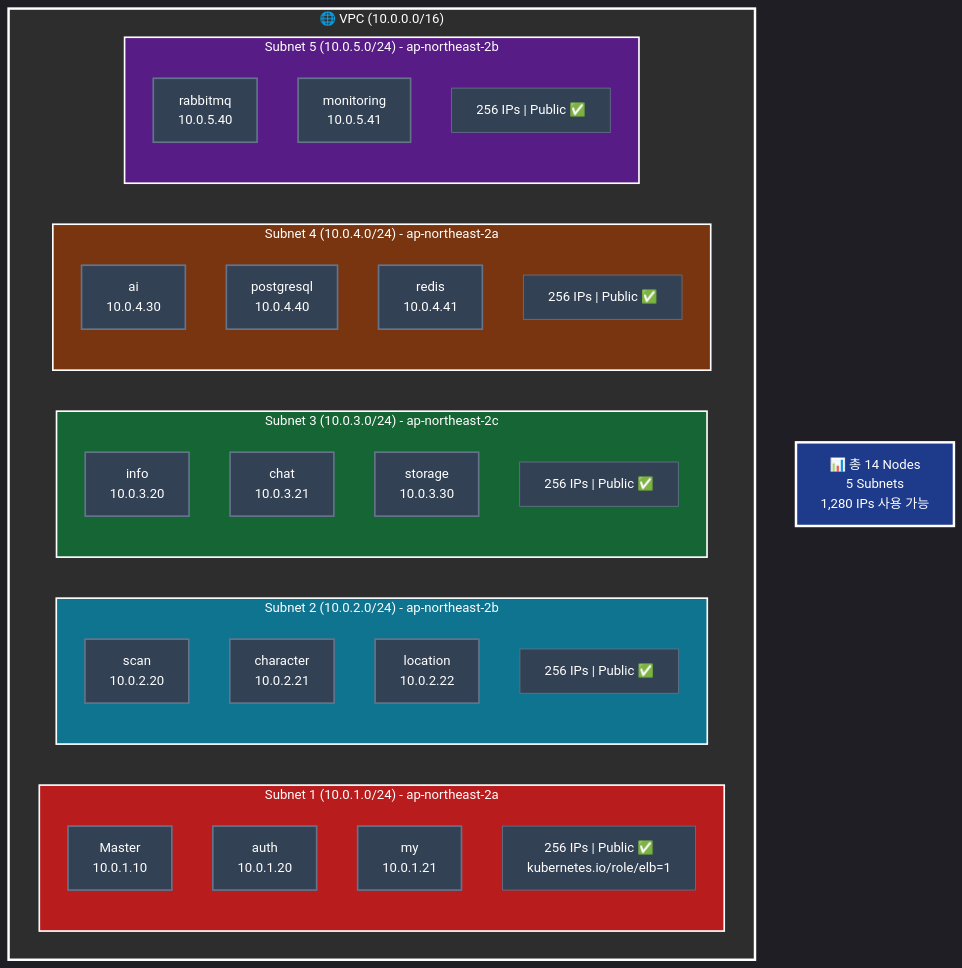
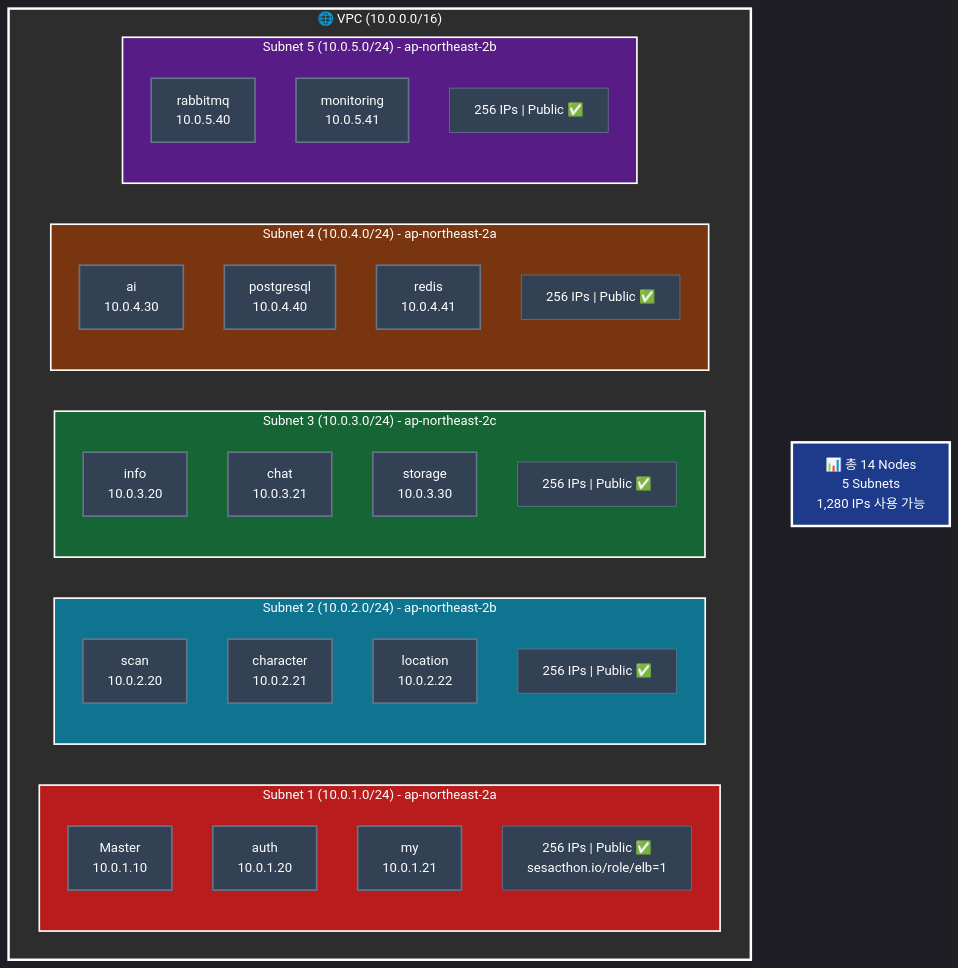
Before and after one commit to eco2-team/backend: the first of 5 diagrams in docs/infrastructure/02-vpc-network-design.md, drawn with Mermaid. The commit also changed other lines of this file and 112 other files, not shown here.

````diff
--- a/docs/infrastructure/02-vpc-network-design.md
+++ b/docs/infrastructure/02-vpc-network-design.md
@@ -41,69 +41,69 @@
 ```mermaid
 %%{init: {'theme':'dark', 'themeVariables': { 'primaryColor':'#1a1a1a', 'primaryTextColor':'#fff', 'primaryBorderColor':'#444', 'lineColor':'#888', 'secondaryColor':'#2d2d2d', 'tertiaryColor':'#1a1a1a'}}}%%
 graph TB
     subgraph VPC["🌐 VPC (10.0.0.0/16)"]
         subgraph Subnet1["Subnet 1 (10.0.1.0/24) - ap-northeast-2a"]
             M["Master<br/>10.0.1.10"]
             A1["auth<br/>10.0.1.20"]
             A2["my<br/>10.0.1.21"]
-            S1["256 IPs | Public ✅<br/>kubernetes.io/role/elb=1"]
+            S1["256 IPs | Public ✅<br/>sesacthon.io/role/elb=1"]
         end
         
         subgraph Subnet2["Subnet 2 (10.0.2.0/24) - ap-northeast-2b"]
             A3["scan<br/>10.0.2.20"]
             A4["character<br/>10.0.2.21"]
             A5["location<br/>10.0.2.22"]
             S2["256 IPs | Public ✅"]
         end
         
         subgraph Subnet3["Subnet 3 (10.0.3.0/24) - ap-northeast-2c"]
             A6["info<br/>10.0.3.20"]
             A7["chat<br/>10.0.3.21"]
             W1["storage<br/>10.0.3.30"]
             S3["256 IPs | Public ✅"]
         end
         
         subgraph Subnet4["Subnet 4 (10.0.4.0/24) - ap-northeast-2a"]
             W2["ai<br/>10.0.4.30"]
             I1["postgresql<br/>10.0.4.40"]
             I2["redis<br/>10.0.4.41"]
             S4["256 IPs | Public ✅"]
         end
         
         subgraph Subnet5["Subnet 5 (10.0.5.0/24) - ap-northeast-2b"]
             I3["rabbitmq<br/>10.0.5.40"]
             I4["monitoring<br/>10.0.5.41"]
             S5["256 IPs | Public ✅"]
         end
     end
     
     Total["📊 총 14 Nodes<br/>5 Subnets<br/>1,280 IPs 사용 가능"]
     
     style VPC fill:#2d2d2d,stroke:#fff,stroke-width:3px,color:#fff
     style Subnet1 fill:#b91c1c,stroke:#fff,stroke-width:2px,color:#fff
     style Subnet2 fill:#0e7490,stroke:#fff,stroke-width:2px,color:#fff
     style Subnet3 fill:#166534,stroke:#fff,stroke-width:2px,color:#fff
     style Subnet4 fill:#78350f,stroke:#fff,stroke-width:2px,color:#fff
     style Subnet5 fill:#581c87,stroke:#fff,stroke-width:2px,color:#fff
     style Total fill:#1e3a8a,stroke:#fff,stroke-width:3px,color:#fff
     
     style M fill:#334155,stroke:#64748b,stroke-width:2px,color:#fff
     style A1 fill:#334155,stroke:#64748b,stroke-width:2px,color:#fff
     style A2 fill:#334155,stroke:#64748b,stroke-width:2px,color:#fff
     style A3 fill:#334155,stroke:#64748b,stroke-width:2px,color:#fff
     style A4 fill:#334155,stroke:#64748b,stroke-width:2px,color:#fff
     style A5 fill:#334155,stroke:#64748b,stroke-width:2px,color:#fff
     style A6 fill:#334155,stroke:#64748b,stroke-width:2px,color:#fff
     style A7 fill:#334155,stroke:#64748b,stroke-width:2px,color:#fff
     style W1 fill:#334155,stroke:#64748b,stroke-width:2px,color:#fff
     style W2 fill:#334155,stroke:#64748b,stroke-width:2px,color:#fff
     style I1 fill:#334155,stroke:#64748b,stroke-width:2px,color:#fff
     style I2 fill:#334155,stroke:#64748b,stroke-width:2px,color:#fff
     style I3 fill:#334155,stroke:#64748b,stroke-width:2px,color:#fff
     style I4 fill:#334155,stroke:#64748b,stroke-width:2px,color:#fff
     style S1 fill:#334155,stroke:#64748b,stroke-width:1px,color:#fff
     style S2 fill:#334155,stroke:#64748b,stroke-width:1px,color:#fff
     style S3 fill:#334155,stroke:#64748b,stroke-width:1px,color:#fff
     style S4 fill:#334155,stroke:#64748b,stroke-width:1px,color:#fff
     style S5 fill:#334155,stroke:#64748b,stroke-width:1px,color:#fff
 ```
````
